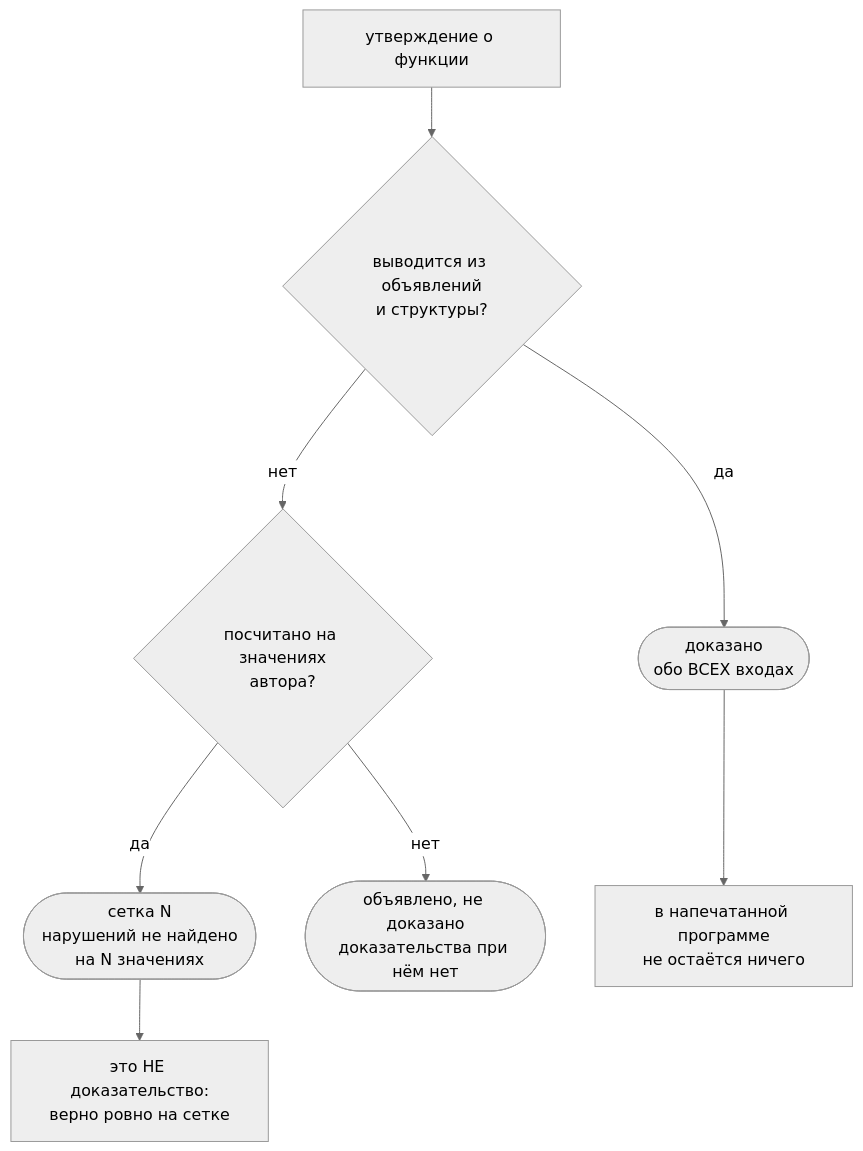
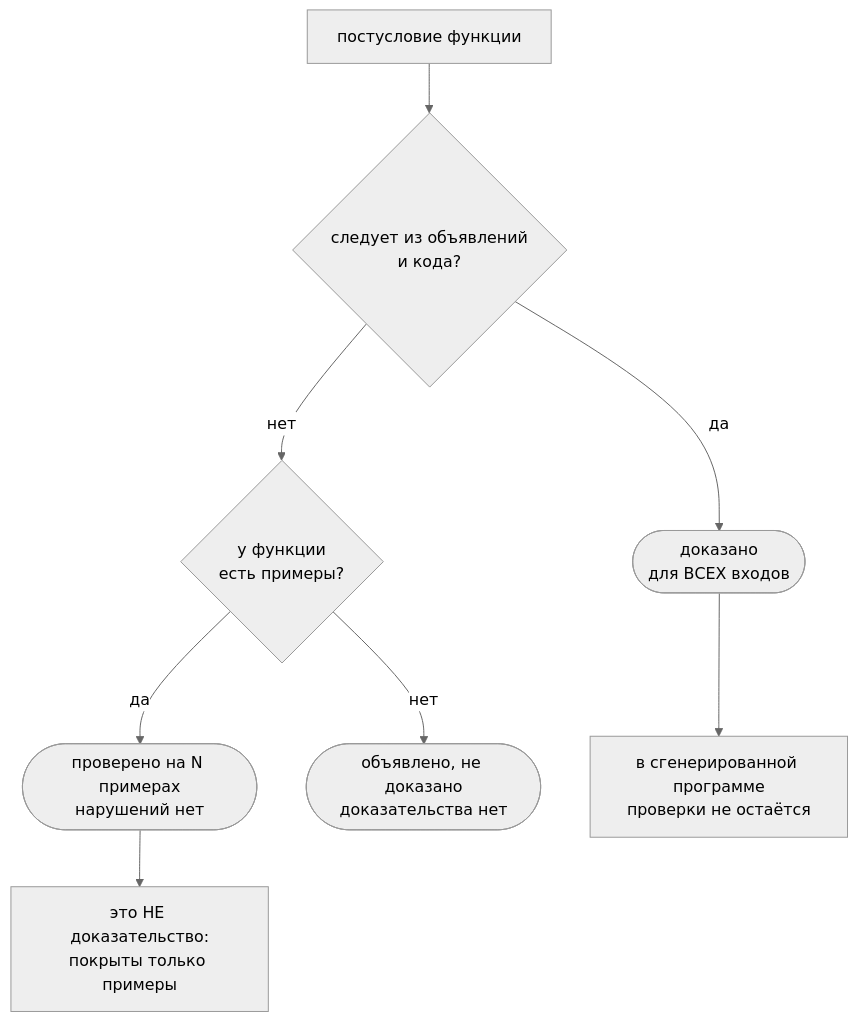
Before and after one commit to MyWWWChat/flang: the diagram in docs/site/what-is-proved.ru.md, drawn with Mermaid (neutral theme). The commit also changed other lines of this file and 5 other files, not shown here.

````diff
--- a/docs/site/what-is-proved.ru.md
+++ b/docs/site/what-is-proved.ru.md
@@ -31,13 +25,13 @@
-```mermaid Три ответа ядра, и чего каждый стоит
+```mermaid Три ответа prover'а и чего стоит каждый
 flowchart TD
-  A[утверждение о функции] --> B{выводится из объявлений<br>и структуры?}
-  B -->|да| C([доказано<br>обо ВСЕХ входах])
-  B -->|нет| D{посчитано на значениях<br>автора?}
-  D -->|да| E([сетка N<br>нарушений не найдено<br>на N значениях])
-  D -->|нет| F([объявлено, не доказано<br>доказательства при нём нет])
-  C --> G[в напечатанной программе<br>не остаётся ничего]
-  E --> H[это НЕ доказательство:<br>верно ровно на сетке]
+  A[постусловие функции] --> B{следует из объявлений<br>и кода?}
+  B -->|да| C([доказано<br>для ВСЕХ входов])
+  B -->|нет| D{у функции<br>есть примеры?}
+  D -->|да| E([проверено на N примерах<br>нарушений нет])
+  D -->|нет| F([объявлено, не доказано<br>доказательства нет])
+  C --> G[в сгенерированной программе<br>проверки не остаётся]
+  E --> H[это НЕ доказательство:<br>покрыты только примеры]
   class C vyvod
   class E glavnoe
   class F otkaz
 ```
````
